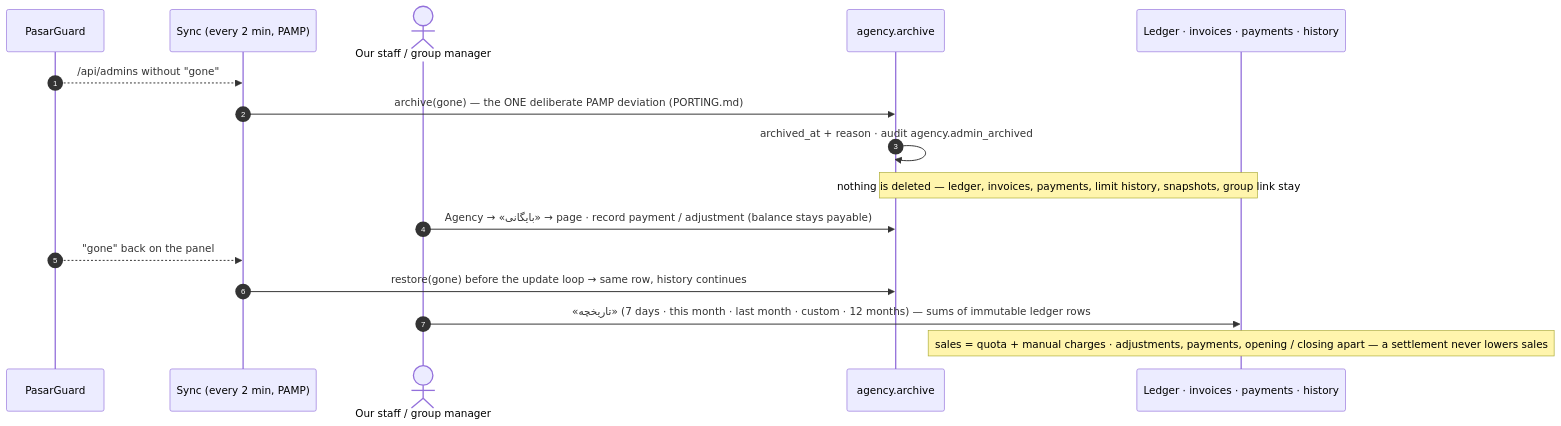
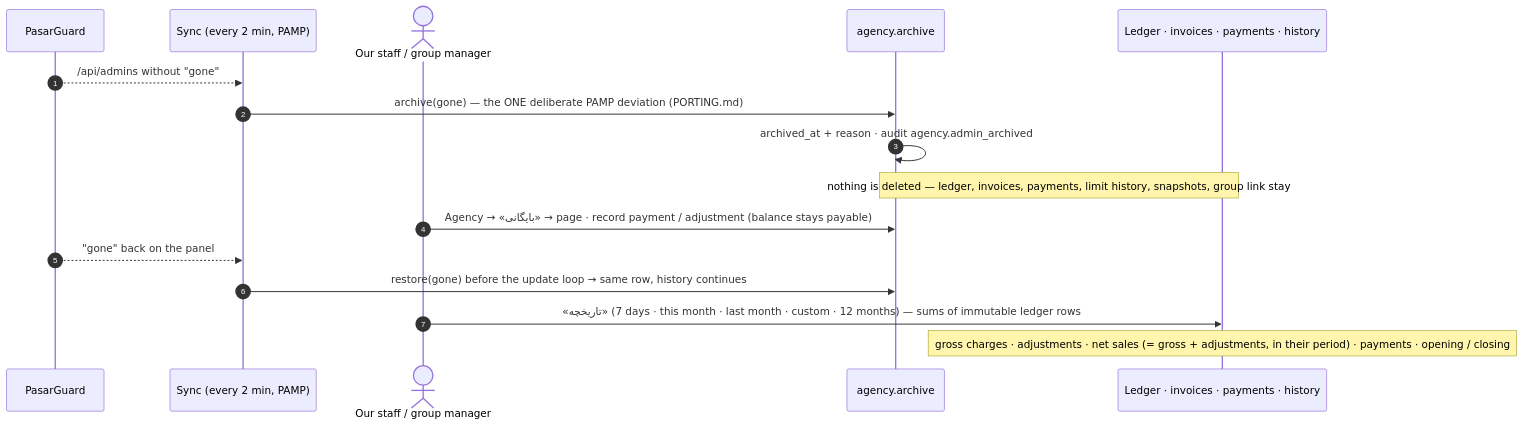
One commit to santiyagoburcart/caspintunel changed diagram 51 of 53 in docs/flows.md. Above: the diagram before and after it, drawn with Mermaid. The commit also changed 18 other files, not shown here.

First line of the commit message:
release: v1.54.1 — «فروش خالص» (gross charges + adjustments) is the sales figure again, shown with its parts

````diff
--- a/docs/flows.md
+++ b/docs/flows.md
@@ -1577,18 +1577,18 @@
 ```mermaid
 sequenceDiagram
     autonumber
     participant PG as PasarGuard
     participant S as Sync (every 2 min, PAMP)
     actor O as Our staff / group manager
     participant A as agency.archive
     participant DB as Ledger · invoices · payments · history
     PG-->>S: /api/admins without "gone"
     S->>A: archive(gone) — the ONE deliberate PAMP deviation (PORTING.md)
     A->>A: archived_at + reason · audit agency.admin_archived
     Note over A,DB: nothing is deleted — ledger, invoices, payments, limit history, snapshots, group link stay
     O->>A: Agency → «بایگانی» → page · record payment / adjustment (balance stays payable)
     PG-->>S: "gone" back on the panel
     S->>A: restore(gone) before the update loop → same row, history continues
     O->>DB: «تاریخچه» (7 days · this month · last month · custom · 12 months) — sums of immutable ledger rows
-    Note over DB: sales = quota + manual charges · adjustments, payments, opening / closing apart — a settlement never lowers sales
+    Note over DB: gross charges · adjustments · net sales (= gross + adjustments, in their period) · payments · opening / closing
 ```
````
